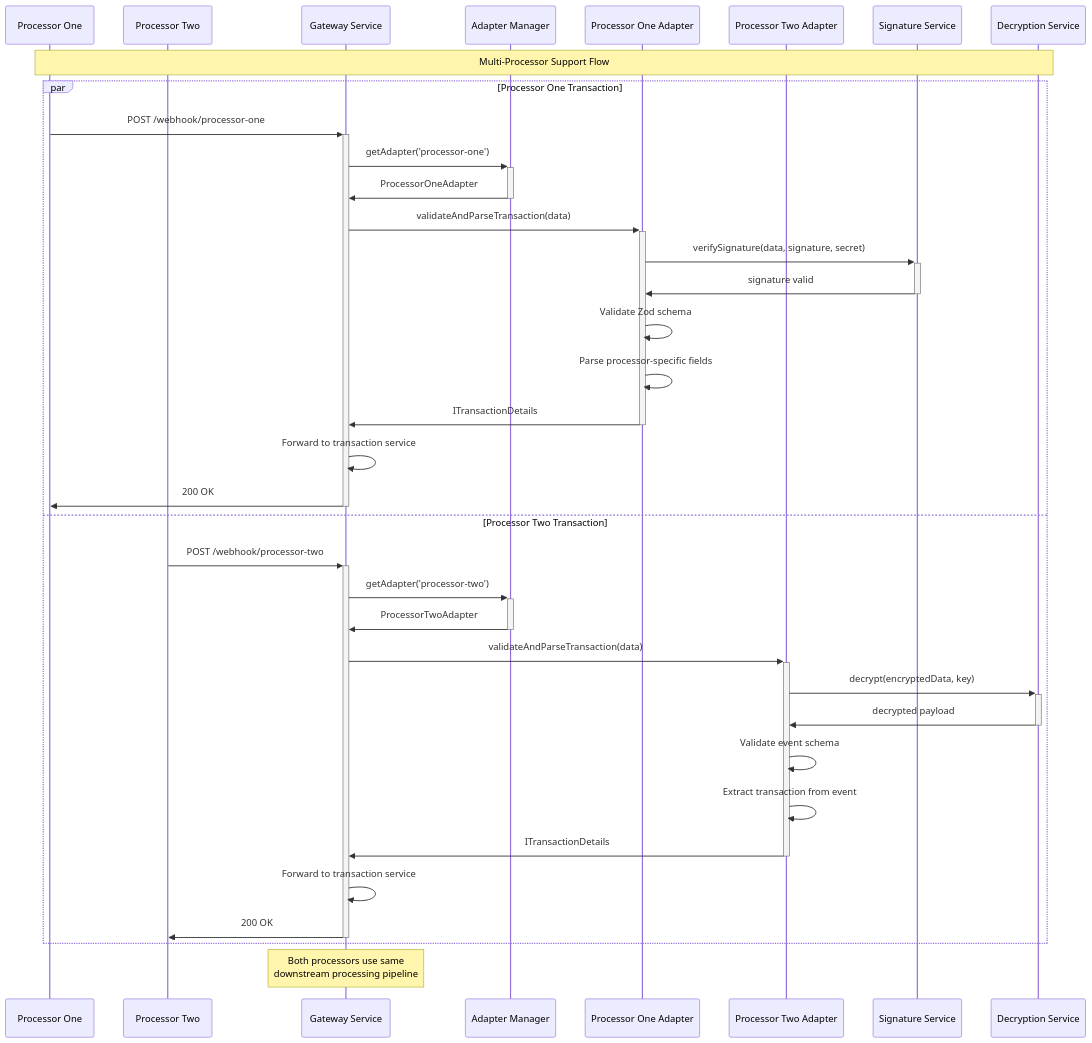
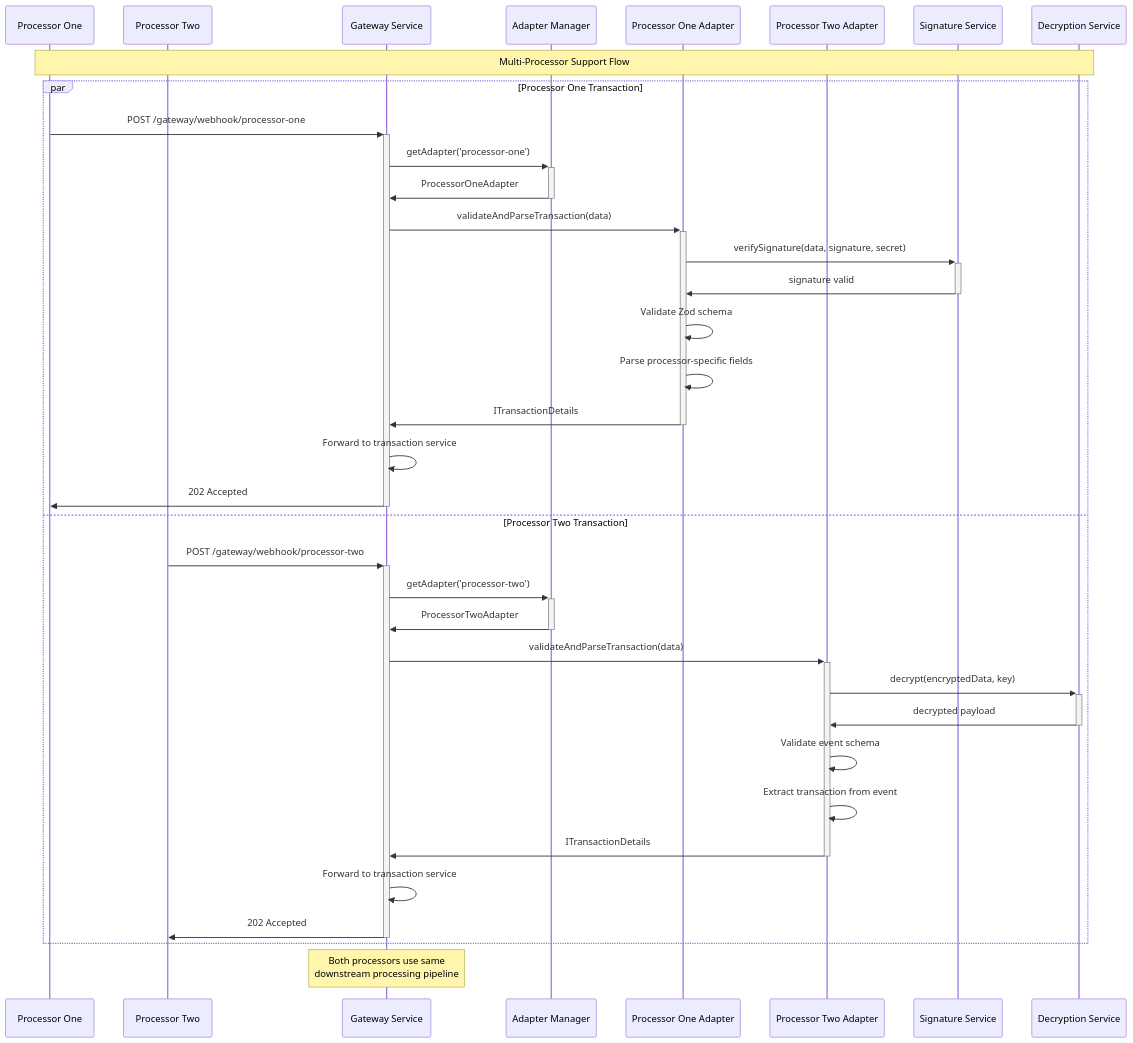
Before and after one commit to Abdallah-Zidan/pemo-task: the fourth of 9 diagrams in docs/SEQUENCE_DIAGRAMS.md, drawn with Mermaid. The commit also changed other lines of this file and 4 other files, not shown here.

````diff
--- a/docs/SEQUENCE_DIAGRAMS.md
+++ b/docs/SEQUENCE_DIAGRAMS.md
@@ -183,46 +183,46 @@
 ```mermaid
 sequenceDiagram
     participant PP1 as Processor One
     participant PP2 as Processor Two
     participant GW as Gateway Service
     participant AM as Adapter Manager
     participant PA1 as Processor One Adapter
     participant PA2 as Processor Two Adapter
     participant SV as Signature Service
     participant DS as Decryption Service
 
     Note over PP1,DS: Multi-Processor Support Flow
 
     par Processor One Transaction
-        PP1->>+GW: POST /webhook/processor-one
+        PP1->>+GW: POST /gateway/webhook/processor-one
         GW->>+AM: getAdapter('processor-one')
         AM->>-GW: ProcessorOneAdapter
         
         GW->>+PA1: validateAndParseTransaction(data)
         PA1->>+SV: verifySignature(data, signature, secret)
         SV->>-PA1: signature valid
         PA1->>PA1: Validate Zod schema
         PA1->>PA1: Parse processor-specific fields
         PA1->>-GW: ITransactionDetails
         
         GW->>GW: Forward to transaction service
-        GW->>-PP1: 200 OK
+        GW->>-PP1: 202 Accepted
 
     and Processor Two Transaction
-        PP2->>+GW: POST /webhook/processor-two
+        PP2->>+GW: POST /gateway/webhook/processor-two
         GW->>+AM: getAdapter('processor-two')
         AM->>-GW: ProcessorTwoAdapter
         
         GW->>+PA2: validateAndParseTransaction(data)
         PA2->>+DS: decrypt(encryptedData, key)
         DS->>-PA2: decrypted payload
         PA2->>PA2: Validate event schema
         PA2->>PA2: Extract transaction from event
         PA2->>-GW: ITransactionDetails
         
         GW->>GW: Forward to transaction service
-        GW->>-PP2: 200 OK
+        GW->>-PP2: 202 Accepted
     end
 
     Note over GW: Both processors use same<br/>downstream processing pipeline
 ```
````
